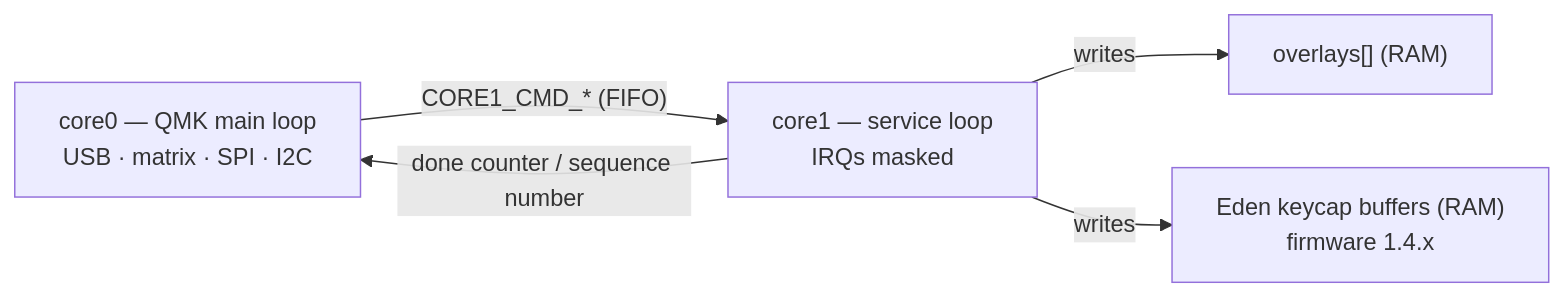
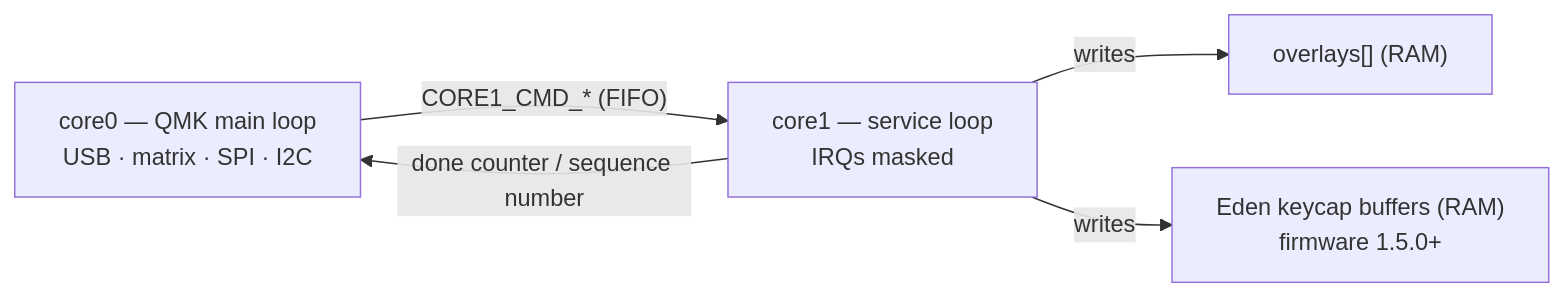
Before and after one commit to thpoll83/polykybd-docs: the diagram in src/content/docs/beyond-qmk/core1.mdx, drawn with Mermaid. The commit also changed other lines of this file and 6 other files, not shown here.

````diff
--- a/src/content/docs/beyond-qmk/core1.mdx
+++ b/src/content/docs/beyond-qmk/core1.mdx
@@ -18,7 +18,7 @@
 ```mermaid
 flowchart LR
   C0["core0 — QMK main loop<br/>USB · matrix · SPI · I2C"] -->|"CORE1_CMD_* (FIFO)"| C1["core1 — service loop<br/>IRQs masked"]
   C1 -->|"writes"| OV["overlays[] (RAM)"]
-  C1 -->|"writes"| EB["Eden keycap buffers (RAM)<br/>firmware 1.4.x"]
+  C1 -->|"writes"| EB["Eden keycap buffers (RAM)<br/>firmware 1.5.0+"]
   C1 -->|"done counter / sequence number"| C0
 ```
````
